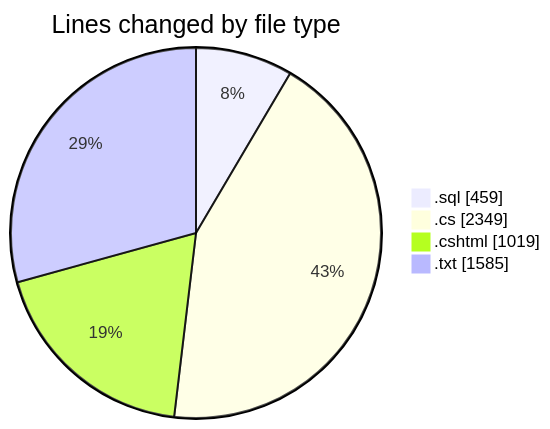
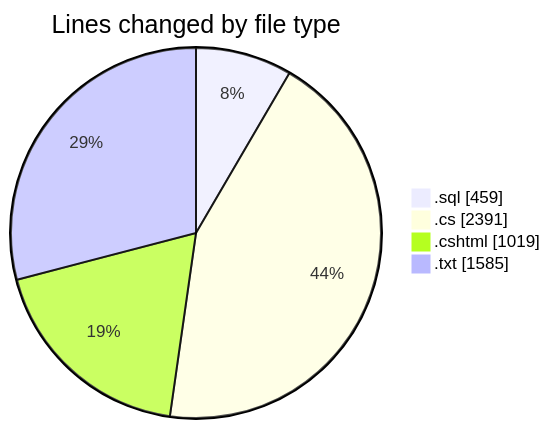
The first of 2 diagrams in 2025-07-23/quanlyrapchieuphim/README.md (lephambinh05/code-tracking), drawn with Mermaid before and after one commit. The commit also changed other lines of this file and 1 other file, not shown here.

````diff
--- a/2025-07-23/quanlyrapchieuphim/README.md
+++ b/2025-07-23/quanlyrapchieuphim/README.md
@@ -31,8 +31,8 @@
 ```mermaid
 pie showData
 title Lines changed by file type
 ".sql" : 459
-".cs" : 2349
+".cs" : 2391
 ".cshtml" : 1019
 ".txt" : 1585
 ```
````
